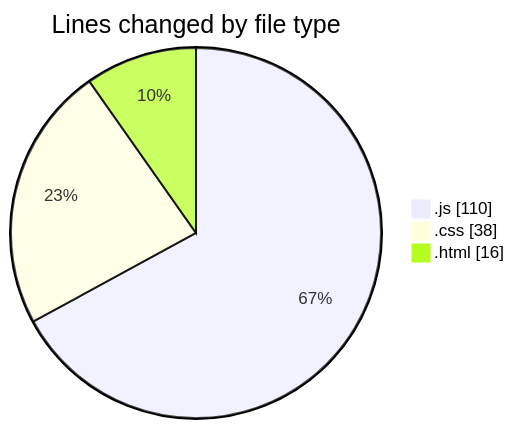
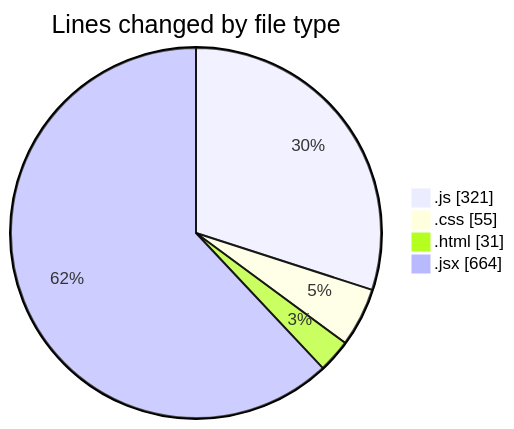
The first of 2 diagrams in 2025-06-14/projects/README.md (Ritupan-Deka/code-tracking), drawn with Mermaid before and after one commit. The commit also changed other lines of this file and 1 other file, not shown here.

````diff
--- a/2025-06-14/projects/README.md
+++ b/2025-06-14/projects/README.md
@@ -22,7 +27,8 @@
 ```mermaid
 pie showData
 title Lines changed by file type
-".js" : 110
-".css" : 38
-".html" : 16
+".js" : 321
+".css" : 55
+".html" : 31
+".jsx" : 664
 ```
````
